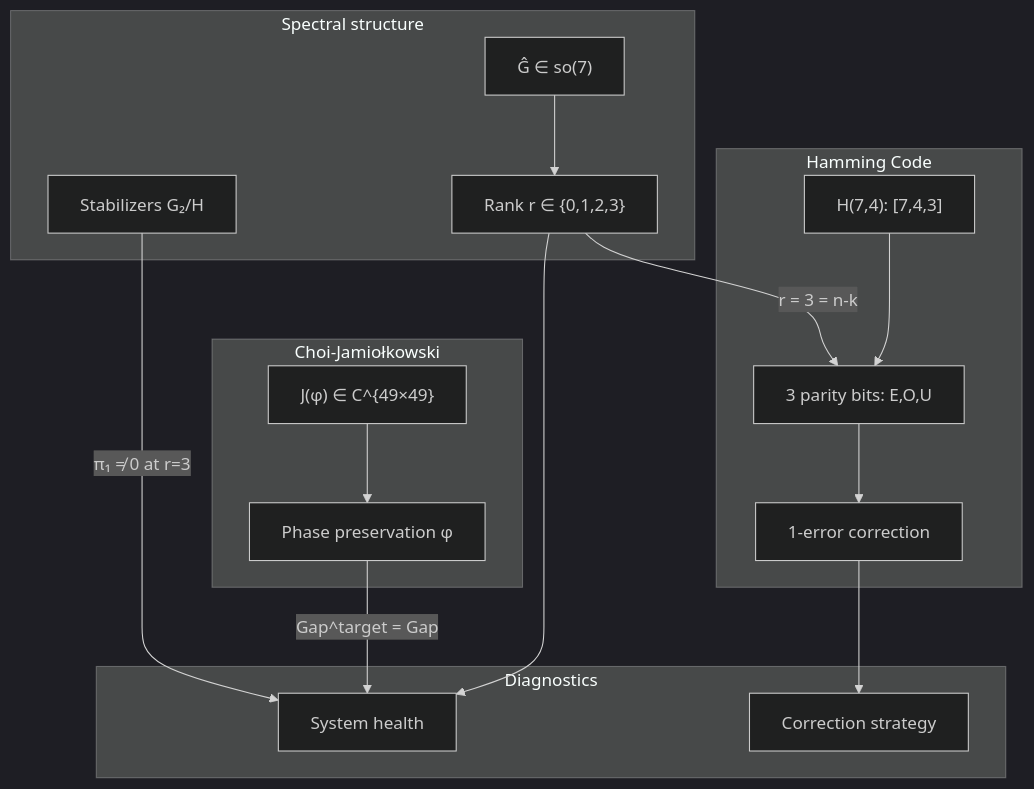
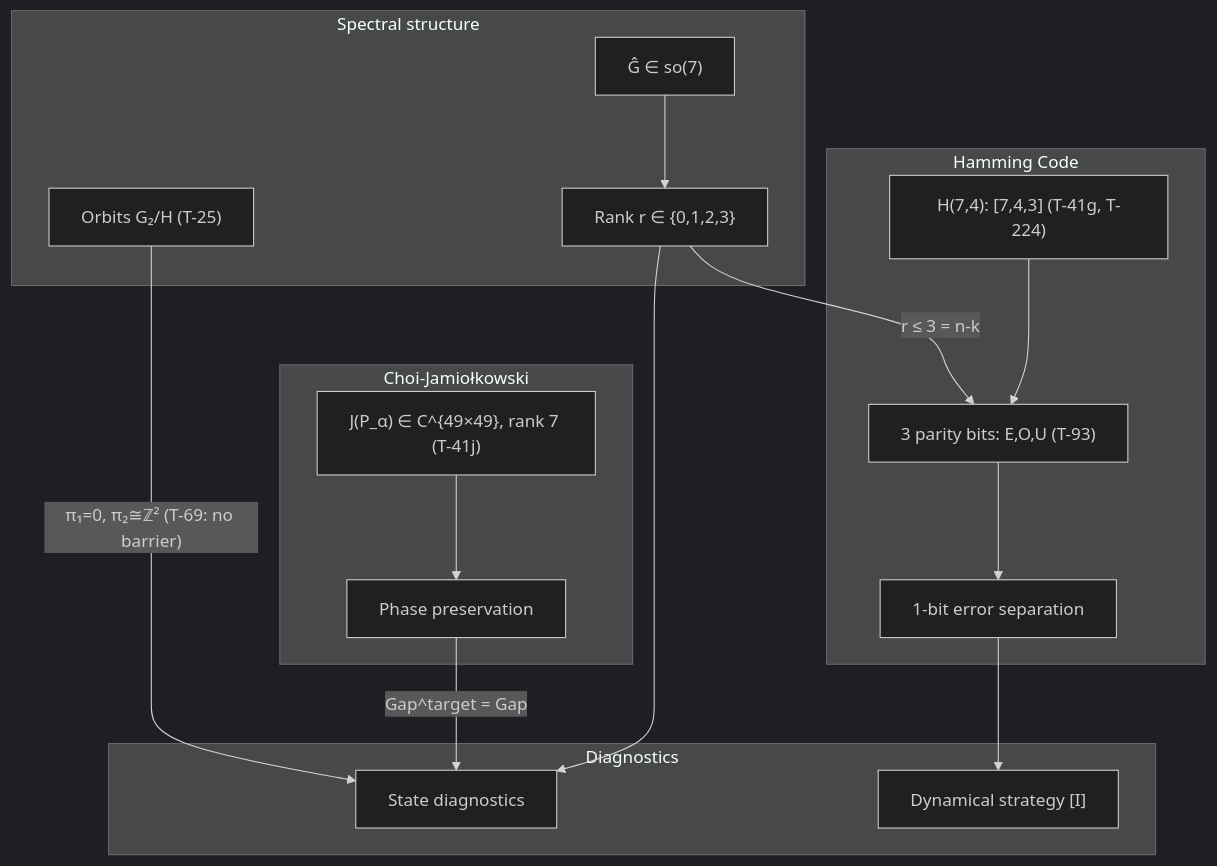
One commit to gst-st/uhm changed the diagram in website/docs/applied/coherence-cybernetics/gap-algebra.md. Above: the diagram before and after it, drawn with Mermaid (dark theme). The commit also changed other lines of this file and 376 other files, not shown here.

First line of the commit message:
Refactor UHM canon, decontaminate architecture, and verify EN/RU parity

````diff
--- a/website/docs/applied/coherence-cybernetics/gap-algebra.md
+++ b/website/docs/applied/coherence-cybernetics/gap-algebra.md
@@ -495,31 +451,31 @@
 ```mermaid
 graph TD
     subgraph CHOI["Choi-Jamiołkowski"]
-        J["J(φ) ∈ C^{49×49}"]
-        PHASE["Phase preservation φ"]
+        J["J(P_α) ∈ C^{49×49}, rank 7 (T-41j)"]
+        PHASE["Phase preservation"]
     end
     subgraph SPEC["Spectral structure"]
         SO7["Ĝ ∈ so(7)"]
         RANK["Rank r ∈ {0,1,2,3}"]
-        STAB["Stabilizers G₂/H"]
+        STAB["Orbits G₂/H (T-25)"]
     end
     subgraph HAMMING["Hamming Code"]
-        H74["H(7,4): [7,4,3]"]
-        PARITY["3 parity bits: E,O,U"]
-        CORRECTION["1-error correction"]
+        H74["H(7,4): [7,4,3] (T-41g, T-224)"]
+        PARITY["3 parity bits: E,O,U (T-93)"]
+        CORRECTION["1-bit error separation"]
     end
     subgraph DIAG["Diagnostics"]
-        HEALTH["System health"]
-        THERAPY["Correction strategy"]
+        HEALTH["State diagnostics"]
+        THERAPY["Dynamical strategy [I]"]
     end
 
     J --> PHASE
     SO7 --> RANK
-    RANK --> |"r = 3 = n-k"| PARITY
-    STAB --> |"π₁ ≠ 0 at r=3"| HEALTH
+    RANK --> |"r ≤ 3 = n-k"| PARITY
+    STAB --> |"π₁=0, π₂≅ℤ² (T-69: no barrier)"| HEALTH
     H74 --> PARITY
     PARITY --> CORRECTION
     PHASE --> |"Gap^target = Gap"| HEALTH
     CORRECTION --> THERAPY
     RANK --> HEALTH
 ```
````
